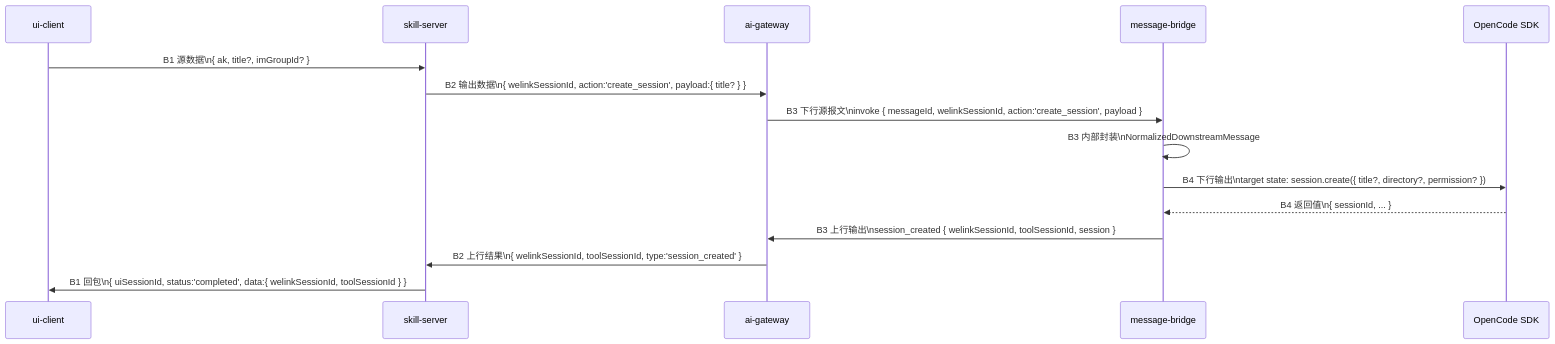
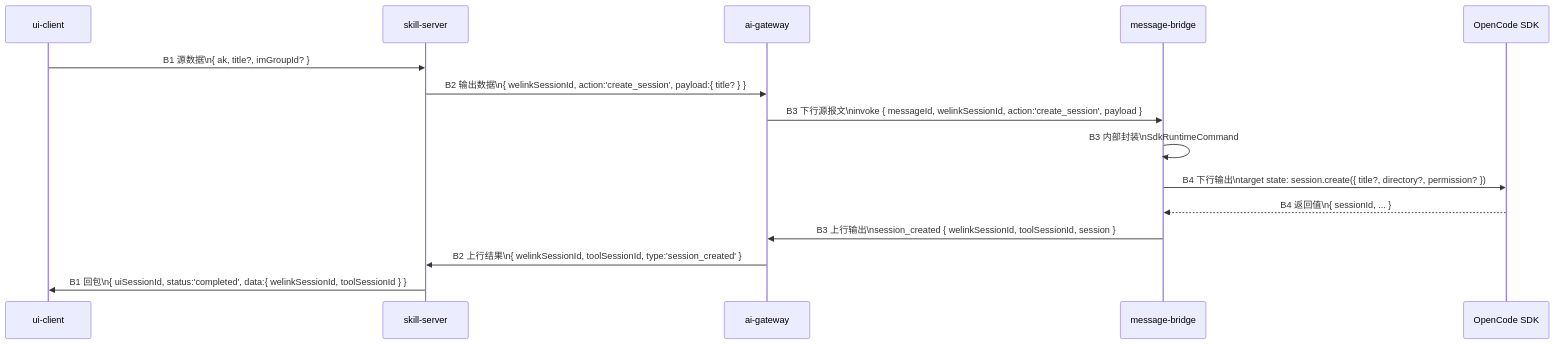
Before and after one commit to yuzhangCZ/agent-plugin: the fourth of 6 diagrams in plugins/message-bridge/docs/design/interfaces/end-to-end-message-flow.md, drawn with Mermaid. The commit also changed other lines of this file and 90 other files, not shown here.

Commit message:
refactor(message-bridge): remove legacy runtime residue

````diff
--- a/plugins/message-bridge/docs/design/interfaces/end-to-end-message-flow.md
+++ b/plugins/message-bridge/docs/design/interfaces/end-to-end-message-flow.md
@@ -950,18 +946,18 @@
 ```mermaid
 sequenceDiagram
   participant UI as ui-client
   participant SKILL as skill-server
   participant GW as ai-gateway
   participant BRIDGE as message-bridge
   participant SDK as OpenCode SDK
 
   UI->>SKILL: B1 源数据\n{ ak, title?, imGroupId? }
   SKILL->>GW: B2 输出数据\n{ welinkSessionId, action:'create_session', payload:{ title? } }
   GW->>BRIDGE: B3 下行源报文\ninvoke { messageId, welinkSessionId, action:'create_session', payload }
-  BRIDGE->>BRIDGE: B3 内部封装\nNormalizedDownstreamMessage
+  BRIDGE->>BRIDGE: B3 内部封装\nSdkRuntimeCommand
   BRIDGE->>SDK: B4 下行输出\ntarget state: session.create({ title?, directory?, permission? })
   SDK-->>BRIDGE: B4 返回值\n{ sessionId, ... }
   BRIDGE->>GW: B3 上行输出\nsession_created { welinkSessionId, toolSessionId, session }
   GW->>SKILL: B2 上行结果\n{ welinkSessionId, toolSessionId, type:'session_created' }
   SKILL->>UI: B1 回包\n{ uiSessionId, status:'completed', data:{ welinkSessionId, toolSessionId } }
 ```
````
